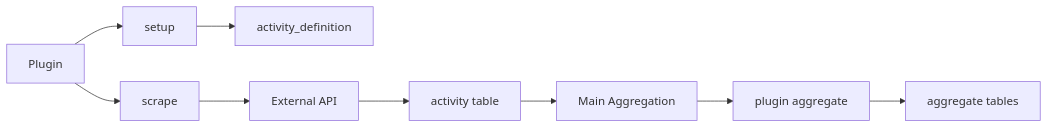
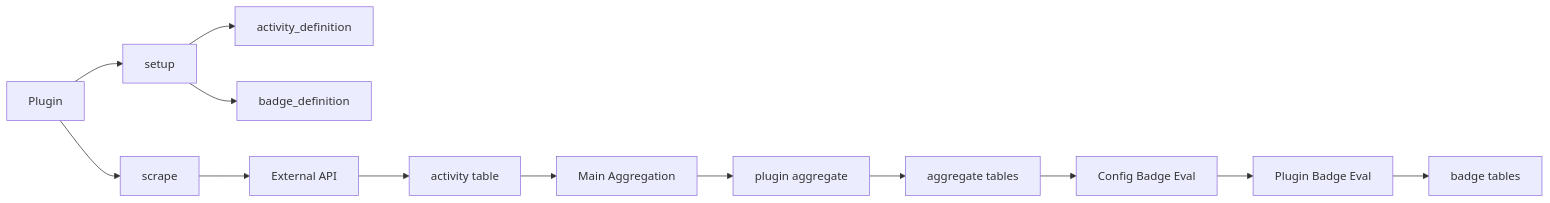
Before and after one commit to ohcnetwork/leaderboard: the second of 4 diagrams in docs/data-management.mdx, drawn with Mermaid. The commit also changed other lines of this file and 27 other files, not shown here.

````diff
--- a/docs/data-management.mdx
+++ b/docs/data-management.mdx
@@ -288,11 +288,15 @@
 ```mermaid
 graph LR
     Plugin[Plugin] --> Setup[setup]
     Setup --> AD[activity_definition]
+    Setup --> BD[badge_definition]
     Plugin --> Scrape[scrape]
     Scrape --> API[External API]
     API --> Activity[activity table]
     Activity --> MainAgg[Main Aggregation]
     MainAgg --> PluginAgg[plugin aggregate]
     PluginAgg --> Aggregates[aggregate tables]
+    Aggregates --> StdBadge[Config Badge Eval]
+    StdBadge --> PluginBadge[Plugin Badge Eval]
+    PluginBadge --> BadgeTables[badge tables]
 ```
````
